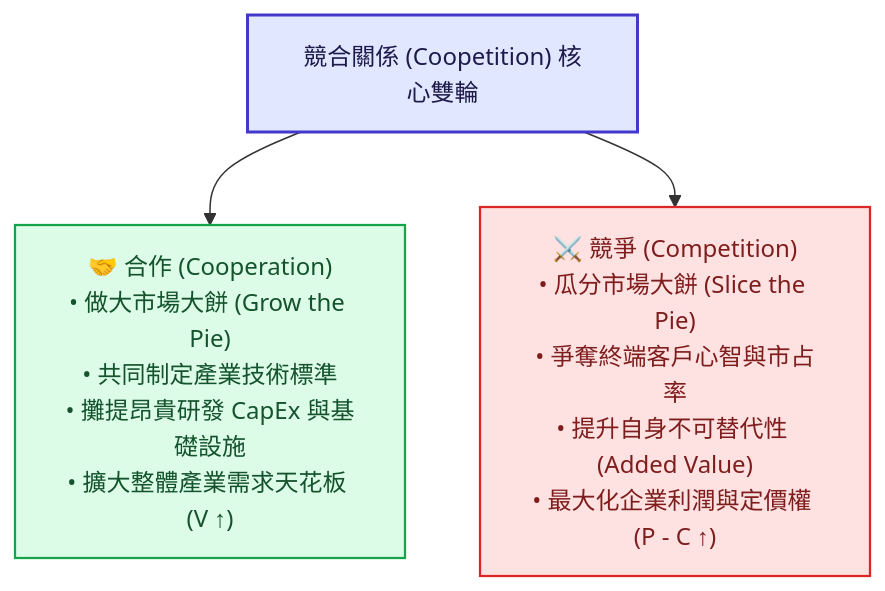
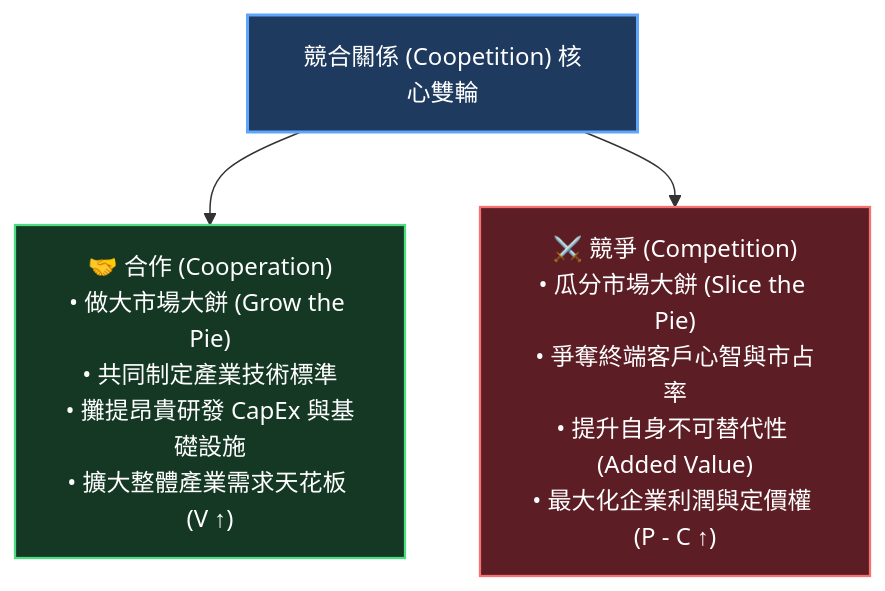
The first of 5 diagrams in src/site/notes/98_商業概念庫/strategy-coopetition_競合戰略 Coopetition.md (Jimlin0428/my-digital-garden), drawn with Mermaid before and after one commit. The commit also changed other lines of this file and 58 other files, not shown here.

````diff
--- a/src/site/notes/98_商業概念庫/strategy-coopetition_競合戰略 Coopetition.md
+++ b/src/site/notes/98_商業概念庫/strategy-coopetition_競合戰略 Coopetition.md
@@ -23,14 +23,14 @@
 ```mermaid
 flowchart TD
     Coopetition["競合關係 (Coopetition) 核心雙輪"]
     
     C1["🤝 合作 (Cooperation)<br>• 做大市場大餅 (Grow the Pie)<br>• 共同制定產業技術標準<br>• 攤提昂貴研發 CapEx 與基礎設施<br>• 擴大整體產業需求天花板 (V ↑)"]
     C2["⚔️ 競爭 (Competition)<br>• 瓜分市場大餅 (Slice the Pie)<br>• 爭奪終端客戶心智與市占率<br>• 提升自身不可替代性 (Added Value)<br>• 最大化企業利潤與定價權 (P - C ↑)"]
 
     Coopetition --> C1
     Coopetition --> C2
 
-    style Coopetition fill:#e0e7ff,stroke:#4338ca,stroke-width:2px,color:#1e1b4b
-    style C1 fill:#dcfce7,stroke:#16a34a,stroke-width:1.5px,color:#14532d
-    style C2 fill:#fee2e2,stroke:#dc2626,stroke-width:1.5px,color:#7f1d1d
+    style Coopetition fill:#1e3a5f,stroke:#60a5fa,stroke-width:2px,color:#ffffff
+    style C1 fill:#143823,stroke:#4ade80,stroke-width:1.5px,color:#ffffff
+    style C2 fill:#5c1d24,stroke:#f87171,stroke-width:1.5px,color:#ffffff
 ```
````
